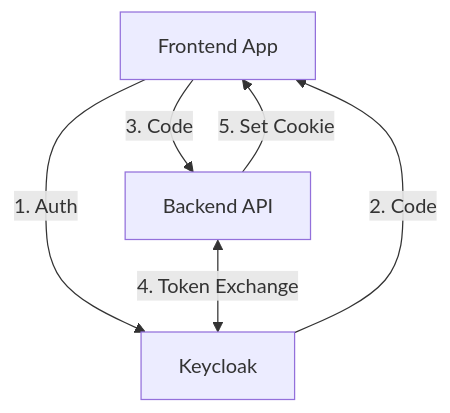
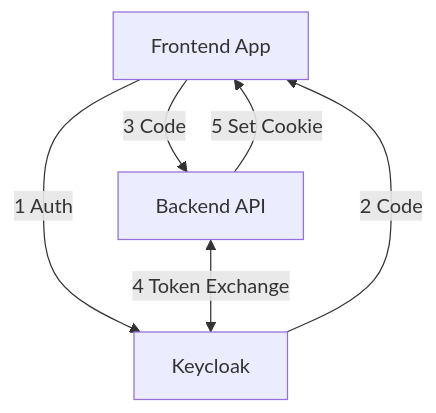
The second of 3 diagrams in blog-post.md (Iteam1337/poc-sso), drawn with Mermaid before and after one commit.

````diff
--- a/blog-post.md
+++ b/blog-post.md
@@ -40,8 +40,8 @@
 ```mermaid
 graph TD
-    A[Frontend App] -->|1. Auth| K[Keycloak]
-    K -->|2. Code| A
-    A -->|3. Code| B[Backend API]
-    B <-->|4. Token Exchange| K
-    B -->|5. Set Cookie| A
+    A[Frontend App] -->|1 Auth| K[Keycloak]
+    K -->|2 Code| A
+    A -->|3 Code| B[Backend API]
+    B <-->|4 Token Exchange| K
+    B -->|5 Set Cookie| A
 ```
````
